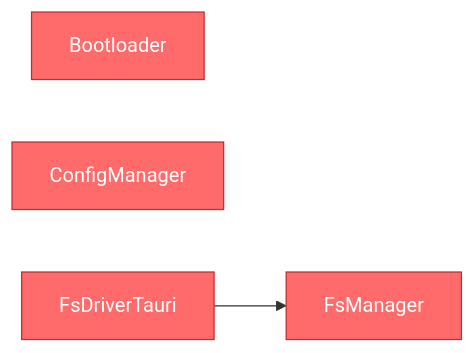
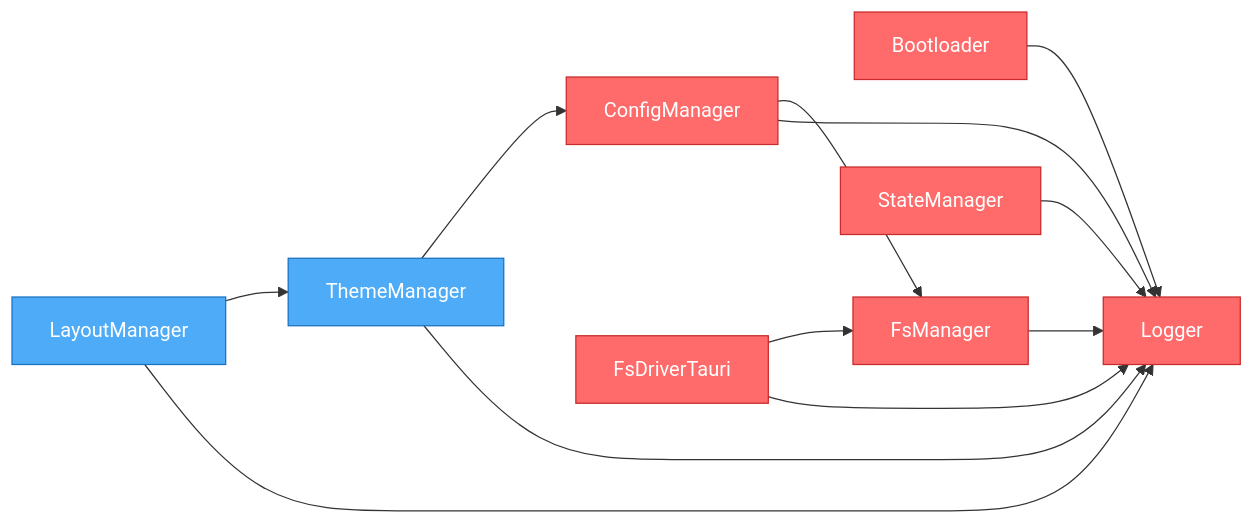
One commit to khton-tech/notehub.md changed the diagram in artifacts/graph.mmd. Above: the diagram before and after it, drawn with Mermaid. The commit also changed 36 other files, not shown here.

Commit message:
feat: Implement core plugin system and introduce initial theme, logger, state, and layout plugins.

```diff
--- a/artifacts/graph.mmd
+++ b/artifacts/graph.mmd
@@ -1,12 +1,27 @@
 flowchart LR
     nh_system_bootloader["Bootloader"]
     nh_system_config-manager["ConfigManager"]
     nh_system_fs-driver-tauri["FsDriverTauri"]
+    nh_system_logger["Logger"]
     nh_system_fs-manager["FsManager"]
+    nh_system_state-manager["StateManager"]
+    nh_ui_layout-manager["LayoutManager"]
+    nh_ui_theme-manager["ThemeManager"]
+    nh_system_bootloader --> nh_system_logger
+    nh_system_config-manager --> nh_system_logger
+    nh_system_config-manager --> nh_system_fs-manager
+    nh_system_fs-driver-tauri --> nh_system_logger
     nh_system_fs-driver-tauri --> nh_system_fs-manager
+    nh_system_fs-manager --> nh_system_logger
+    nh_system_state-manager --> nh_system_logger
+    nh_ui_layout-manager --> nh_system_logger
+    nh_ui_layout-manager --> nh_ui_theme-manager
+    nh_ui_theme-manager --> nh_system_logger
+    nh_ui_theme-manager --> nh_system_config-manager
 
     %% Styles
     classDef system fill:#ff6b6b,stroke:#c92a2a,color:#fff
     classDef ui fill:#4dabf7,stroke:#1971c2,color:#fff
     classDef feature fill:#51cf66,stroke:#2f9e44,color:#fff
-    class nh_system_bootloader,nh_system_config-manager,nh_system_fs-driver-tauri,nh_system_fs-manager system
+    class nh_system_bootloader,nh_system_config-manager,nh_system_fs-driver-tauri,nh_system_logger,nh_system_fs-manager,nh_system_state-manager system
+    class nh_ui_layout-manager,nh_ui_theme-manager ui
```
